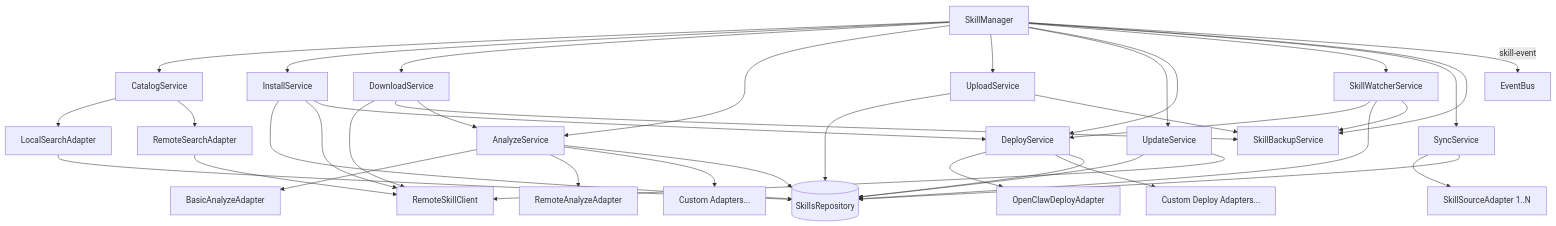
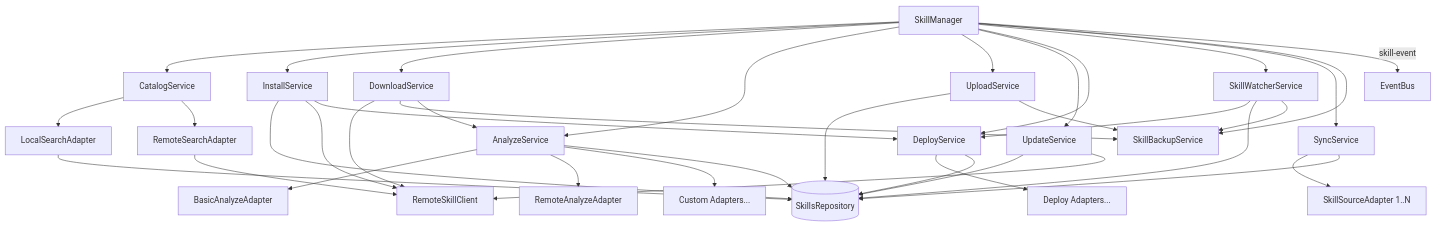
One commit to agen-co/agenshield changed the first of 2 diagrams in libs/skills/README.md. Above: the diagram before and after it, drawn with Mermaid. The commit also changed other lines of this file and 28 other files, not shown here.

````diff
--- a/libs/skills/README.md
+++ b/libs/skills/README.md
@@ -7,49 +7,48 @@
 ```mermaid
 graph TD
     SM[SkillManager] --> CS[CatalogService]
     SM --> IS[InstallService]
     SM --> DLS[DownloadService]
     SM --> AS[AnalyzeService]
     SM --> US[UploadService]
     SM --> UDS[UpdateService]
     SM --> DS[DeployService]
     SM --> WS[SkillWatcherService]
     SM --> SS[SyncService]
     SM --> BS[SkillBackupService]
 
     CS --> LSA[LocalSearchAdapter]
     CS --> RSA[RemoteSearchAdapter]
     LSA --> SR[(SkillsRepository)]
     RSA --> RC[RemoteSkillClient]
 
     AS --> BAA[BasicAnalyzeAdapter]
     AS --> RAA[RemoteAnalyzeAdapter]
     AS --> CA[Custom Adapters...]
     AS --> SR
 
     DLS --> RC
     DLS --> BS
     DLS --> AS
 
     IS --> SR
     IS --> RC
     IS --> DS
 
     US --> SR
     US --> BS
     UDS --> SR
     UDS --> RC
 
-    DS --> OCA[OpenClawDeployAdapter]
-    DS --> DA[Custom Deploy Adapters...]
+    DS --> DA[Deploy Adapters...]
     DS --> SR
 
     WS --> DS
     WS --> SR
     WS --> BS
 
     SS --> SSA[SkillSourceAdapter 1..N]
     SS --> SR
 
     SM -- "skill-event" --> EB[EventBus]
 ```
````
